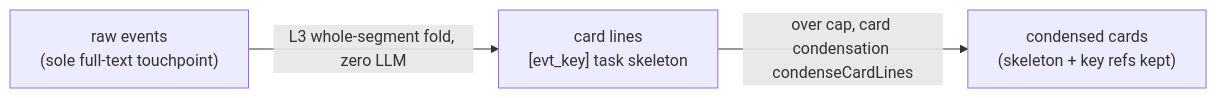
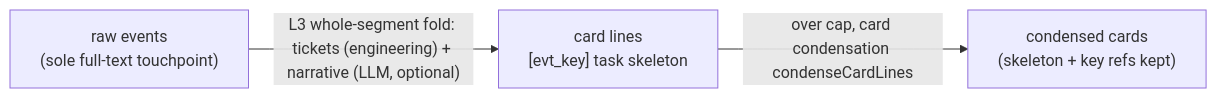
The third of 5 diagrams in README_EN.md (SpellingDragon/tagent), drawn with Mermaid before and after one commit. The commit also changed other lines of this file and 9 other files, not shown here.

First line of the commit message:
feat(compress): rolling semantic narrative at the L3 fold point

````diff
--- a/README_EN.md
+++ b/README_EN.md
@@ -134,5 +134,5 @@
 ```mermaid
 graph LR
-    A["raw events<br/>(sole full-text touchpoint)"] -->|L3 whole-segment fold, zero LLM| C["card lines<br/>[evt_key] task skeleton"]
+    A["raw events<br/>(sole full-text touchpoint)"] -->|"L3 whole-segment fold: tickets (engineering) + narrative (LLM, optional)"| C["card lines<br/>[evt_key] task skeleton"]
     C -->|over cap, card condensation condenseCardLines| D["condensed cards<br/>(skeleton + key refs kept)"]
 ```
````
